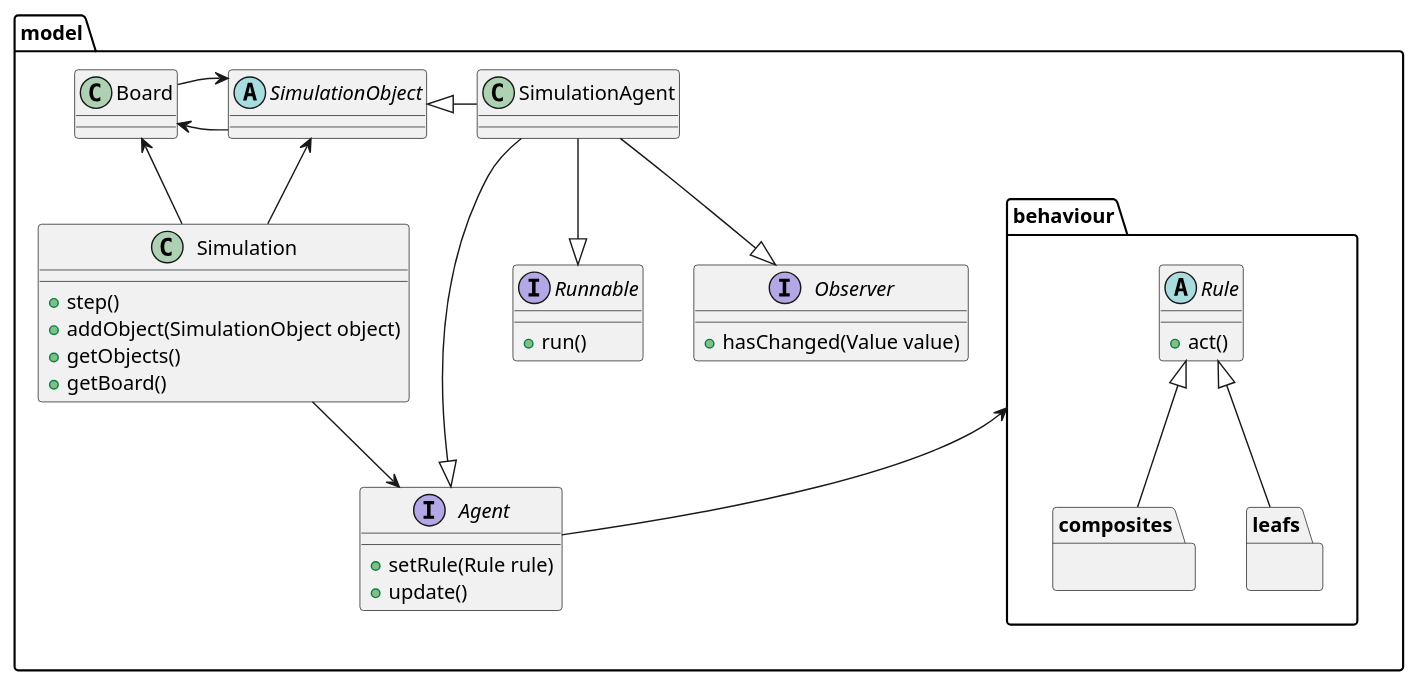
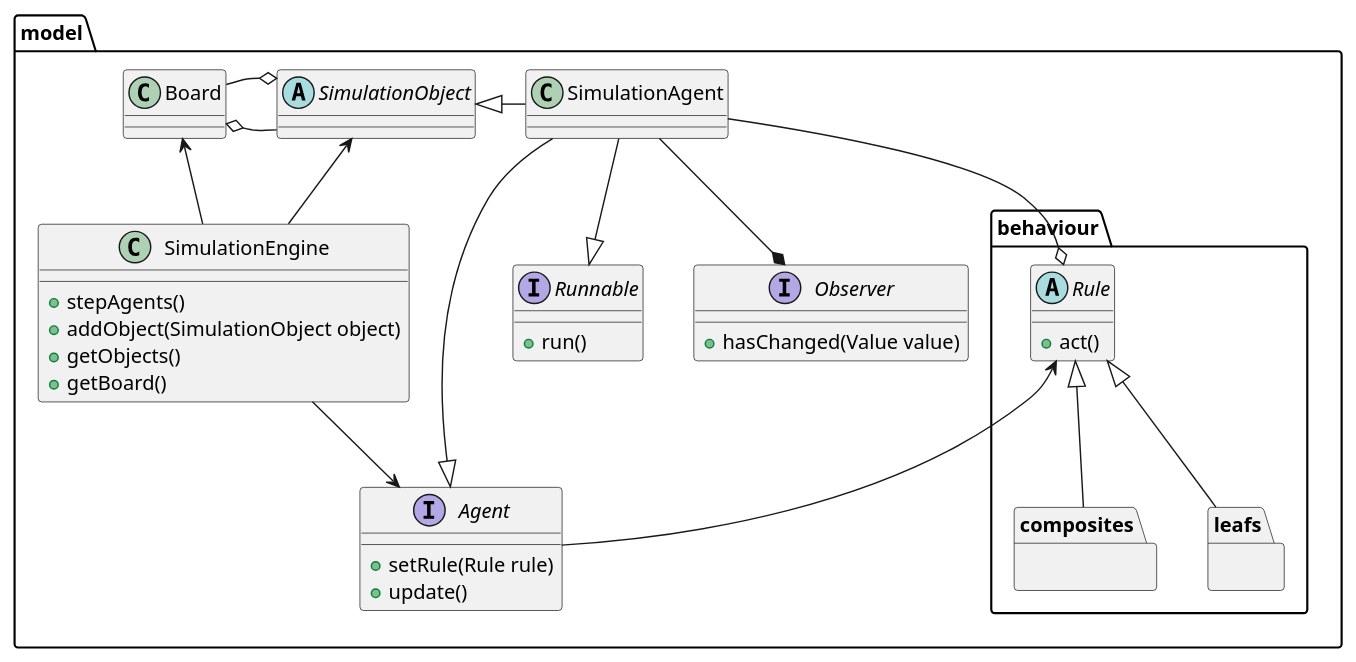
The diagram in src/main/resources/Class.puml (VAlexandersson/abm-traffic-simulator), drawn with PlantUML before and after one commit. The commit also changed 23 other files, not shown here.

```diff
--- a/src/main/resources/Class.puml
+++ b/src/main/resources/Class.puml
@@ -1,73 +1,74 @@
 @startuml
 'https://plantuml.com/class-diagram
 package model {
 abstract class SimulationObject{
 
 }
 
 class SimulationAgent {
 
 }
 
 interface Agent {
     +setRule(Rule rule)
     +update()
 }
 
 interface Runnable {
     +run()
 }
 
 interface Observer {
     +hasChanged(Value value)
 }
 
 package behaviour {
     abstract Rule {
         +act()
     }
     package composites {
     }
     package leafs {
     }
 
 }
 
 class Board {
 
 }
 
-class Simulation {
-    +step()
+class SimulationEngine {
+    +stepAgents()
     +addObject(SimulationObject object)
     +getObjects()
     +getBoard()
 }
 
 
 
 SimulationObject <|-right- SimulationAgent
 
 Runnable <|-up- SimulationAgent
 Agent <|-up- SimulationAgent
-Observer <|-up- SimulationAgent
+Observer *-up- SimulationAgent
+Rule o-up- SimulationAgent
 
 
-Board <-right- SimulationObject
-SimulationObject <-- Board
+Board o-right- SimulationObject
+SimulationObject o-- Board
 
-behaviour <-- Agent
+Rule <-- Agent
 
 Rule <|-- composites
 Rule <|-- leafs
 
-Simulation -up-> SimulationObject
-Simulation -up-> Board
-Simulation --> Agent
+SimulationEngine -up-> SimulationObject
+SimulationEngine -up-> Board
+SimulationEngine --> Agent
 }
 
 
 
 
 
 @enduml
```
